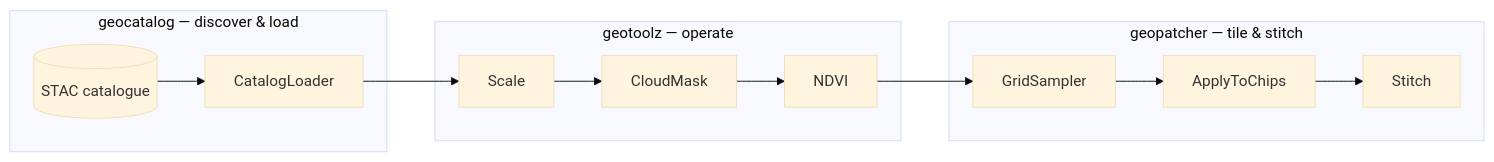
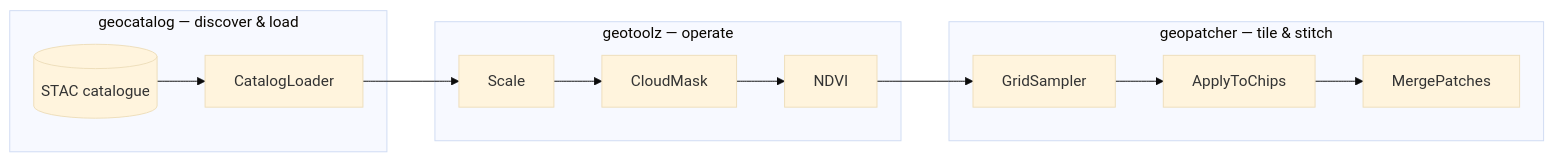
The third of 3 diagrams in docs/index.md (jejjohnson/geotoolz), drawn with Mermaid (base theme) before and after one commit. The commit also changed other lines of this file and 16 other files, not shown here.

````diff
--- a/docs/index.md
+++ b/docs/index.md
@@ -116,14 +116,14 @@
 ```mermaid
 flowchart LR
     subgraph cat["geocatalog — discover &amp; load"]
         STAC[(STAC catalogue)] --> Loader[CatalogLoader]
     end
     subgraph tools["geotoolz — operate"]
         Op1[Scale] --> Op2[CloudMask] --> Op3[NDVI]
     end
     subgraph patch["geopatcher — tile &amp; stitch"]
-        Sampler[GridSampler] --> Apply[ApplyToChips] --> Stitch[Stitch]
+        Sampler[GridSampler] --> Apply[ApplyToChips] --> Merge[MergePatches]
     end
     Loader --> Op1
     Op3 --> Sampler
 ```
````
